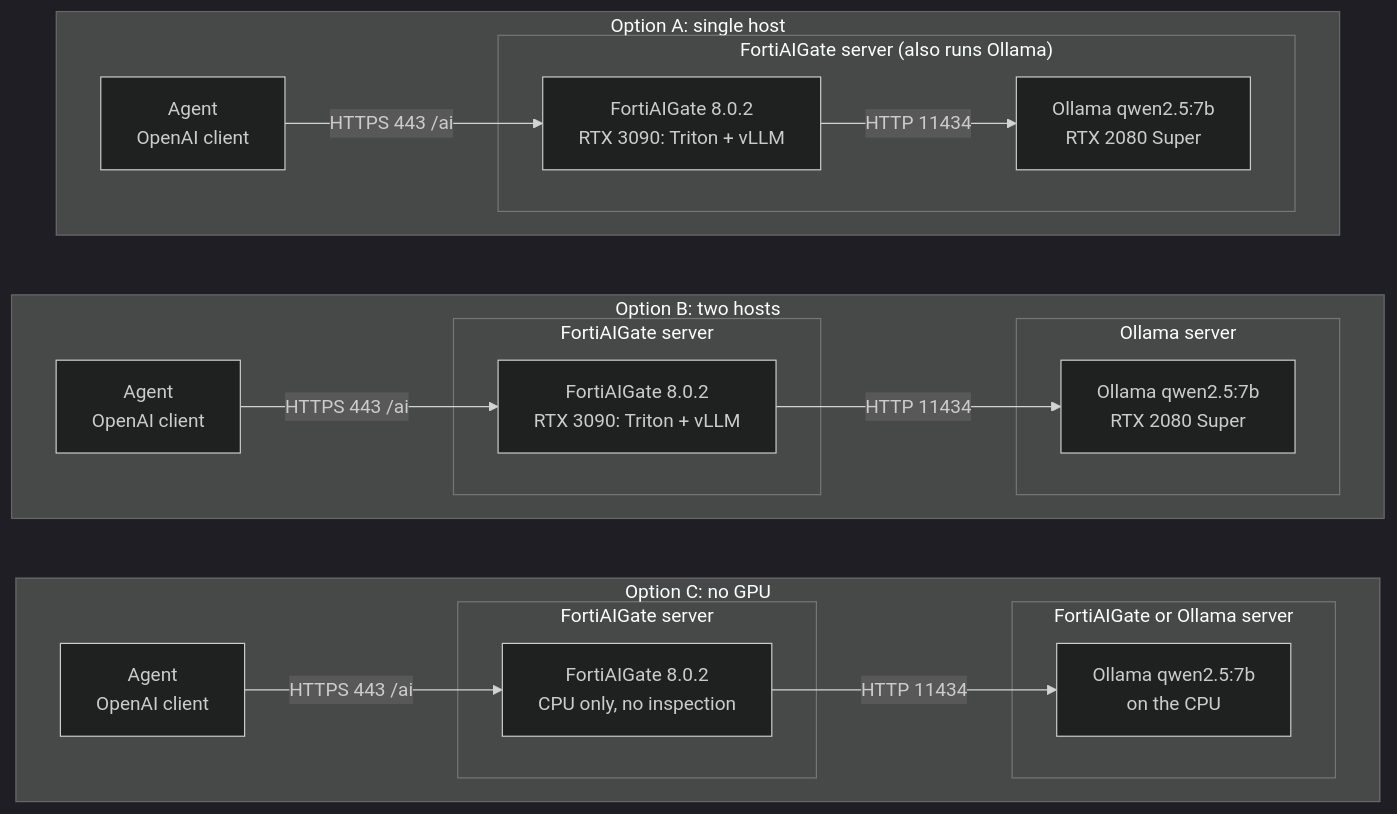
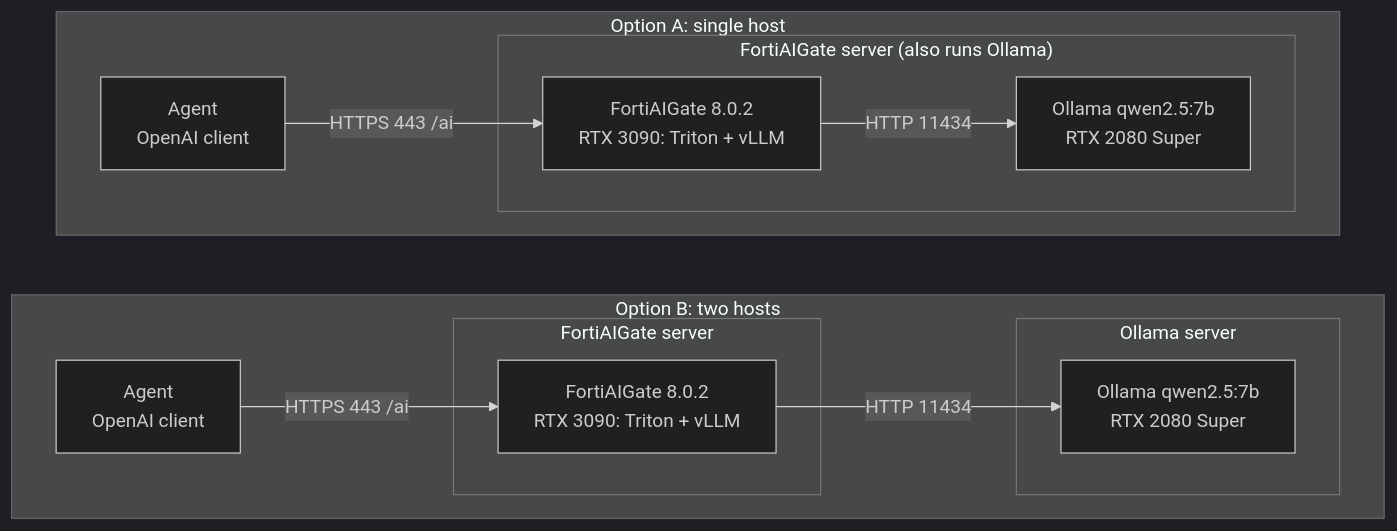
Before and after one commit to rberend/FortiAIGate: the diagram in docs/runbook.md, drawn with Mermaid (dark theme). The commit also changed other lines of this file and 4 other files, not shown here.

First line of the commit message:
Docs: add MiMo-V2.6, drop the CPU-only option and the old lab addresses (#13)

````diff
--- a/docs/runbook.md
+++ b/docs/runbook.md
@@ -83,33 +57,22 @@
 ```mermaid
 flowchart TB
   subgraph A["Option A: single host"]
     direction LR
     agentA["Agent<br/>OpenAI client"] -- "HTTPS 443 /ai" --> gwA
     subgraph A1["FortiAIGate server (also runs Ollama)"]
       gwA["FortiAIGate 8.0.2<br/>RTX 3090: Triton + vLLM"] -- "HTTP 11434" --> olA["Ollama qwen2.5:7b<br/>RTX 2080 Super"]
     end
   end
   subgraph B["Option B: two hosts"]
     direction LR
     agentB["Agent<br/>OpenAI client"] -- "HTTPS 443 /ai" --> gwB
     subgraph B1["FortiAIGate server"]
       gwB["FortiAIGate 8.0.2<br/>RTX 3090: Triton + vLLM"]
     end
     subgraph B2["Ollama server"]
       olB["Ollama qwen2.5:7b<br/>RTX 2080 Super"]
     end
     gwB -- "HTTP 11434" --> olB
   end
-  subgraph C["Option C: no GPU"]
-    direction LR
-    agentC["Agent<br/>OpenAI client"] -- "HTTPS 443 /ai" --> gwC
-    subgraph C1["FortiAIGate server"]
-      gwC["FortiAIGate 8.0.2<br/>CPU only, no inspection"]
-    end
-    subgraph C2["FortiAIGate or Ollama server"]
-      olC["Ollama qwen2.5:7b<br/>on the CPU"]
-    end
-    gwC -- "HTTP 11434" --> olC
-  end
-  A ~~~ B ~~~ C
+  A ~~~ B
 ```
````
